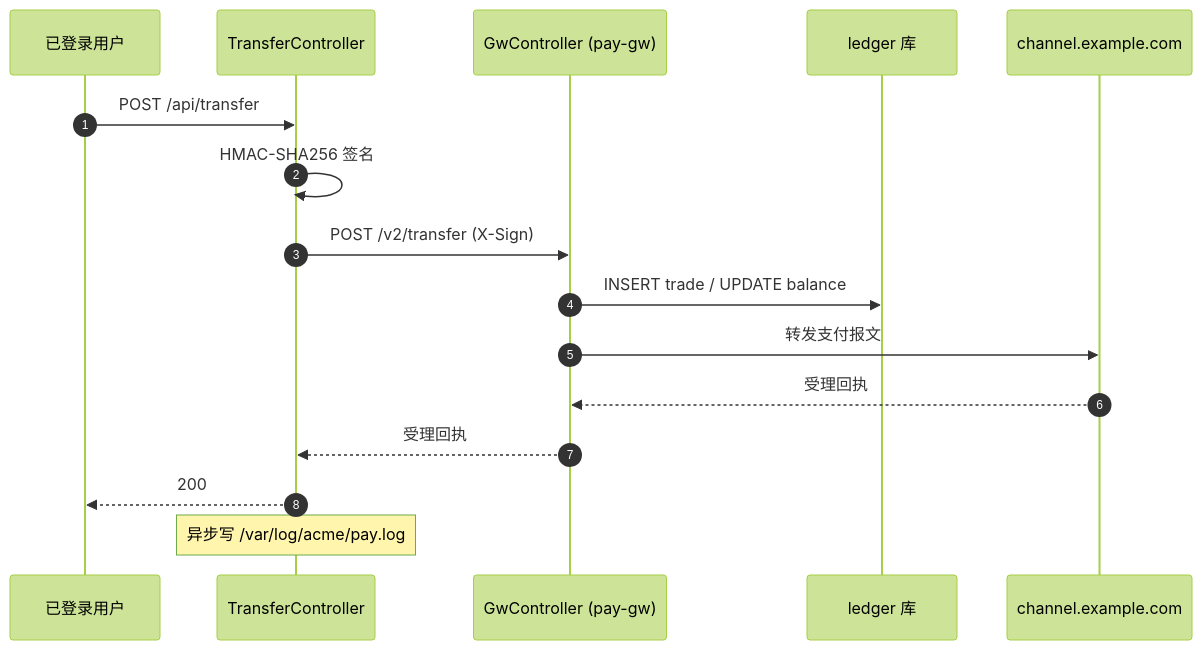
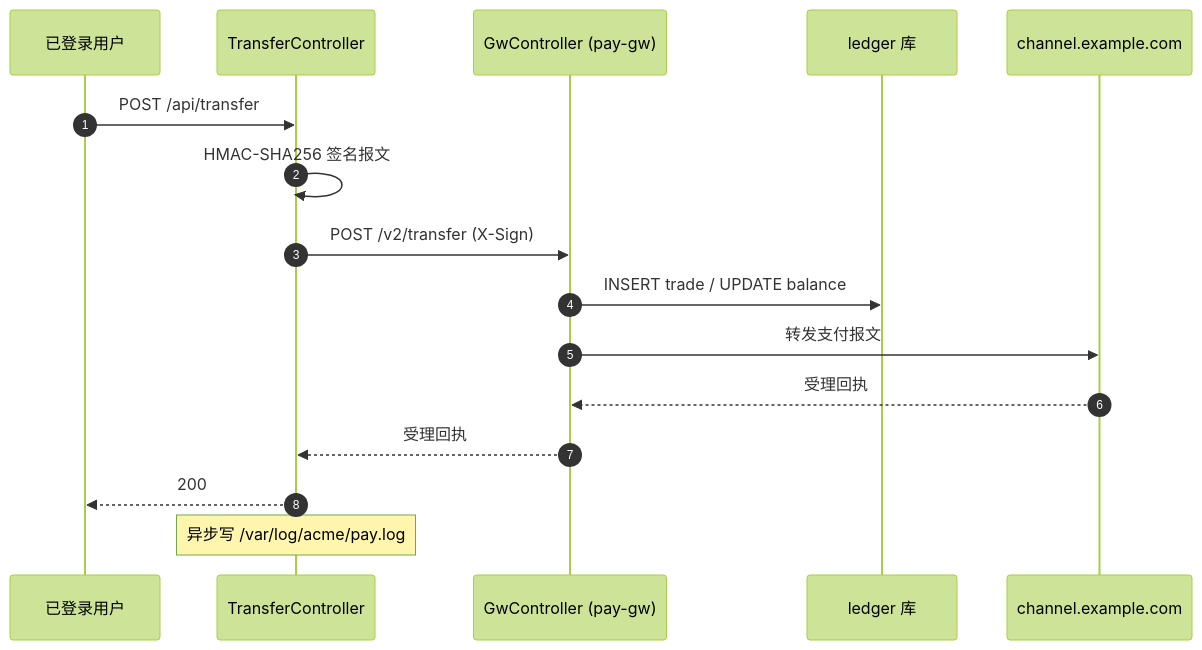
One commit to gcf0082/biz-flow-recon changed the diagram in templates/endpoint.md. Above: the diagram before and after it, drawn with Mermaid (forest theme). The commit also changed other lines of this file and 2 other files, not shown here.

````diff
--- a/templates/endpoint.md
+++ b/templates/endpoint.md
@@ -21,19 +13,19 @@
 ```mermaid
 sequenceDiagram
     autonumber
     participant U as 已登录用户
     participant T as TransferController
     participant GW as GwController (pay-gw)
     participant L as ledger 库
     participant CH as channel.example.com
 
     U->>T: POST /api/transfer
-    T->>T: HMAC-SHA256 签名
+    T->>T: HMAC-SHA256 签名报文
     T->>GW: POST /v2/transfer (X-Sign)
     GW->>L: INSERT trade / UPDATE balance
     GW->>CH: 转发支付报文
     CH-->>GW: 受理回执
     GW-->>T: 受理回执
     T-->>U: 200
     Note over T: 异步写 /var/log/acme/pay.log
 ```
````
